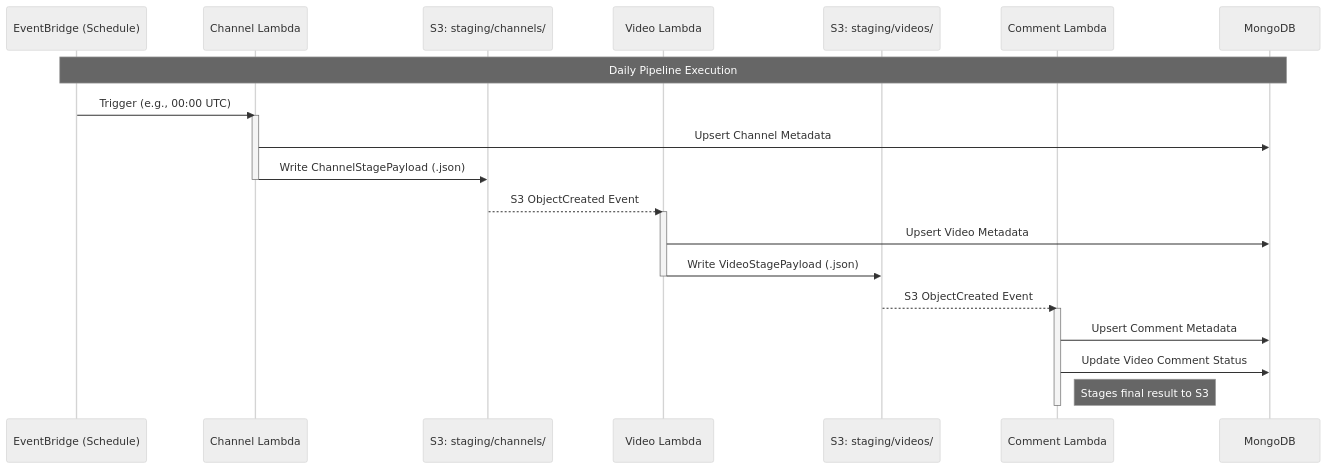
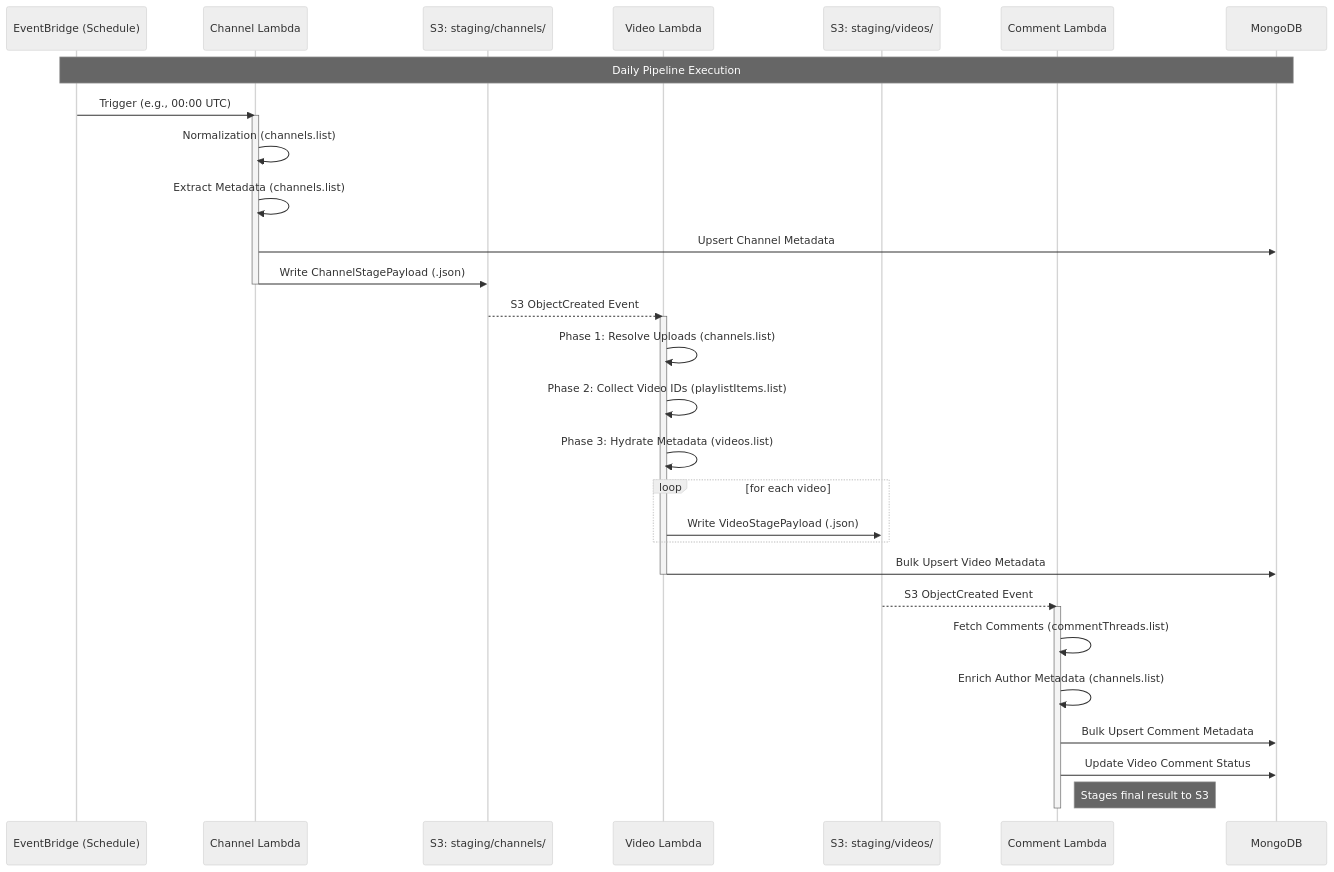
One commit to kaushalkrishna2000/youtube-bot-analytics changed the first of 3 diagrams in README.md. Above: the diagram before and after it, drawn with Mermaid (neutral theme). The commit also changed other lines of this file and 3 other files, not shown here.

Commit message:
Update README files to reflect detailed execution flow, added enriched client-specific diagrams, enhanced YouTube API phase descriptions, and streamlined MongoDB persistence logic

````diff
--- a/README.md
+++ b/README.md
@@ -13,31 +13,42 @@
 ```mermaid
 sequenceDiagram
     participant EB as EventBridge (Schedule)
     participant CL as Channel Lambda
     participant S3_C as S3: staging/channels/
     participant VL as Video Lambda
     participant S3_V as S3: staging/videos/
     participant CoL as Comment Lambda
     participant Mongo as MongoDB
 
     Note over EB, Mongo: Daily Pipeline Execution
 
     EB->>CL: Trigger (e.g., 00:00 UTC)
     activate CL
+    CL->>CL: Normalization (channels.list)
+    CL->>CL: Extract Metadata (channels.list)
     CL->>Mongo: Upsert Channel Metadata
     CL->>S3_C: Write ChannelStagePayload (.json)
     deactivate CL
 
     S3_C-->>VL: S3 ObjectCreated Event
     activate VL
-    VL->>Mongo: Upsert Video Metadata
-    VL->>S3_V: Write VideoStagePayload (.json)
+    VL->>VL: Phase 1: Resolve Uploads (channels.list)
+    VL->>VL: Phase 2: Collect Video IDs (playlistItems.list)
+    VL->>VL: Phase 3: Hydrate Metadata (videos.list)
+    
+    loop for each video
+        VL->>S3_V: Write VideoStagePayload (.json)
+    end
+    
+    VL->>Mongo: Bulk Upsert Video Metadata
     deactivate VL
 
     S3_V-->>CoL: S3 ObjectCreated Event
     activate CoL
-    CoL->>Mongo: Upsert Comment Metadata
+    CoL->>CoL: Fetch Comments (commentThreads.list)
+    CoL->>CoL: Enrich Author Metadata (channels.list)
+    CoL->>Mongo: Bulk Upsert Comment Metadata
     CoL->>Mongo: Update Video Comment Status
     Note right of CoL: Stages final result to S3
     deactivate CoL
 ```
````
